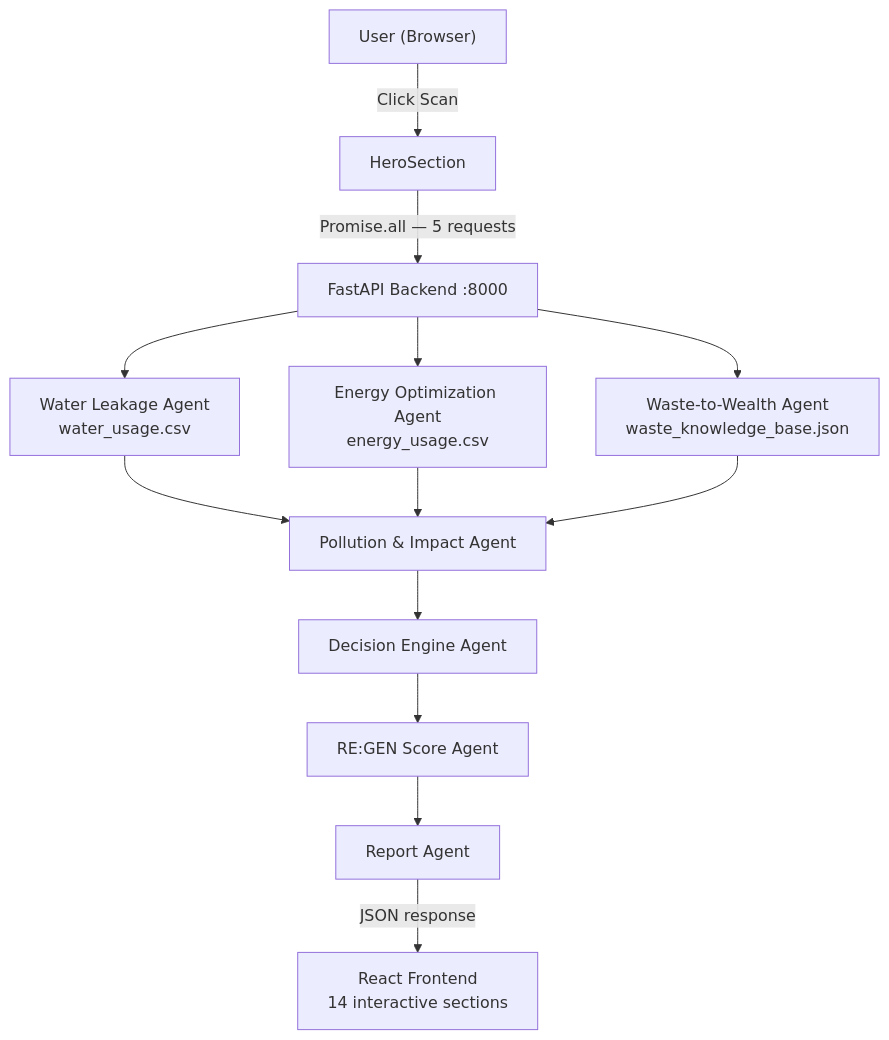
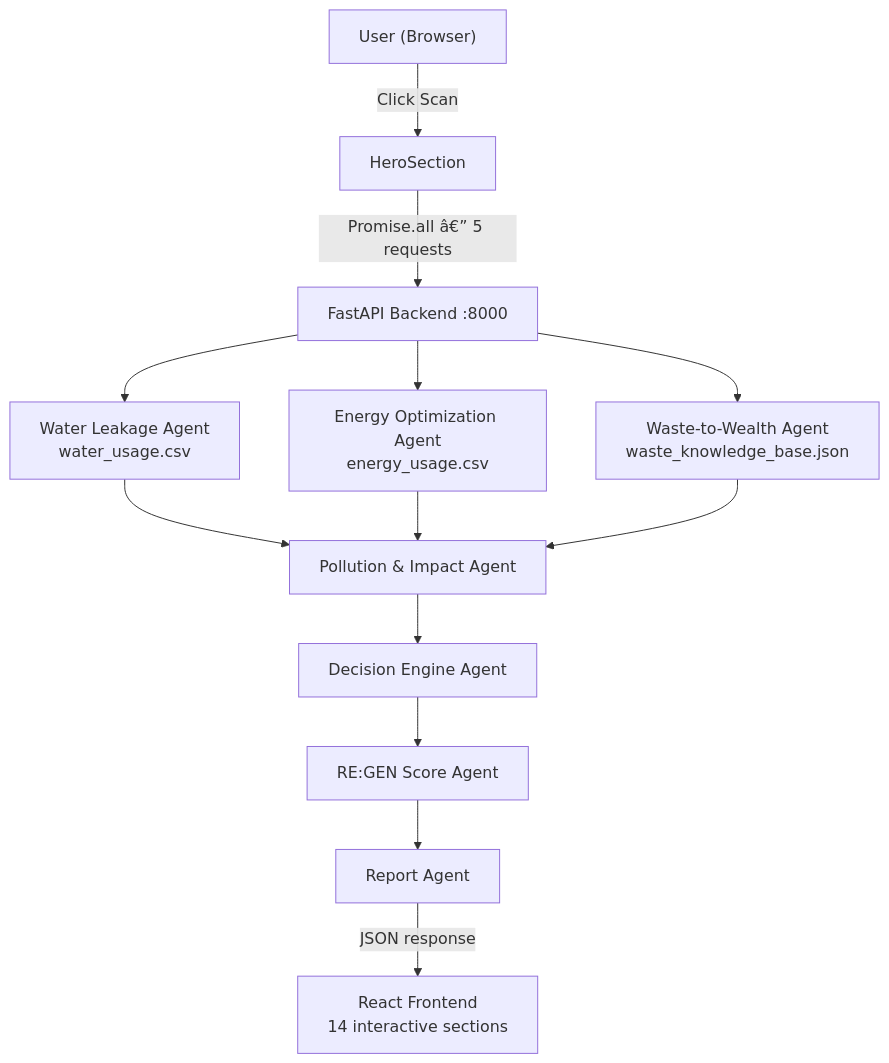
The first of 3 diagrams in README.md (DivyaShreeS09/RE-GEN-AI), drawn with Mermaid before and after one commit. The commit also changed other lines of this file, not shown here.

````diff
--- a/README.md
+++ b/README.md
@@ -36,19 +36,19 @@
 ```mermaid
 graph TD
     User["User (Browser)"] -->|"Click Scan"| Hero["HeroSection"]
-    Hero -->|"Promise.all — 5 requests"| API["FastAPI Backend :8000"]
+    Hero -->|"Promise.all â€” 5 requests"| API["FastAPI Backend :8000"]
 
     API --> WA["Water Leakage Agent\nwater_usage.csv"]
     API --> EA["Energy Optimization Agent\nenergy_usage.csv"]
     API --> WsA["Waste-to-Wealth Agent\nwaste_knowledge_base.json"]
 
     WA  --> IA["Pollution & Impact Agent"]
     EA  --> IA
     WsA --> IA
 
     IA  --> DA["Decision Engine Agent"]
     DA  --> SA["RE:GEN Score Agent"]
     SA  --> RA["Report Agent"]
 
     RA  -->|"JSON response"| FE["React Frontend\n14 interactive sections"]
 ```
````
